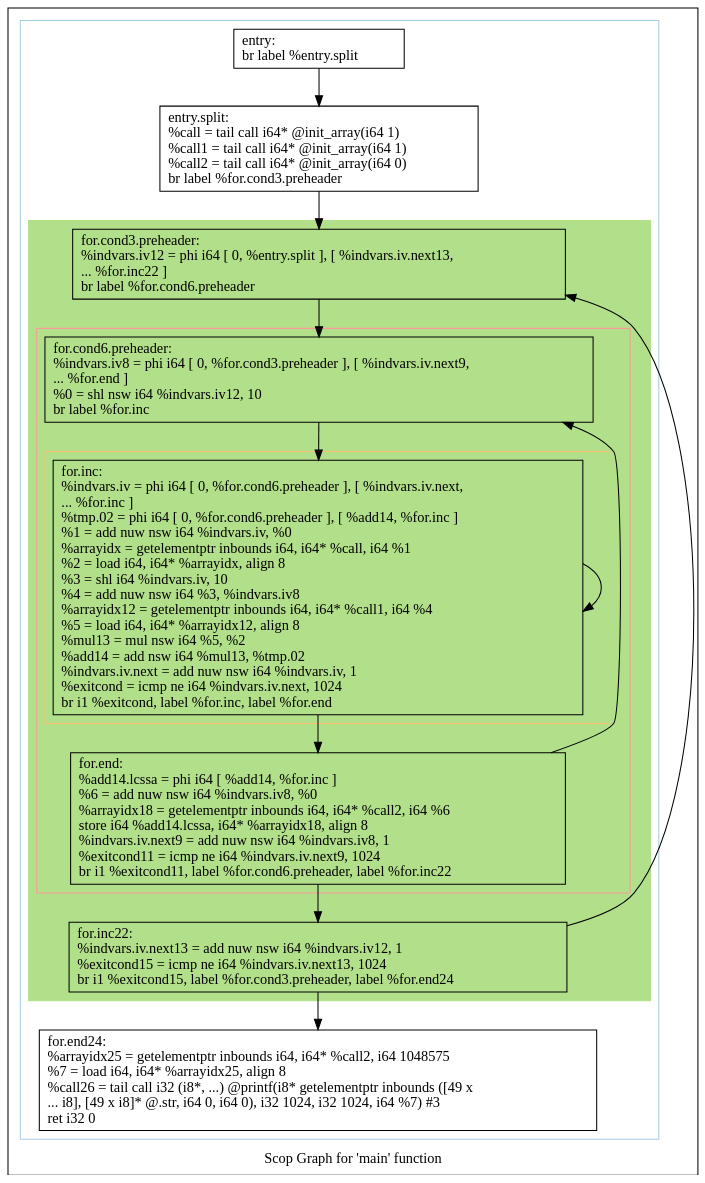
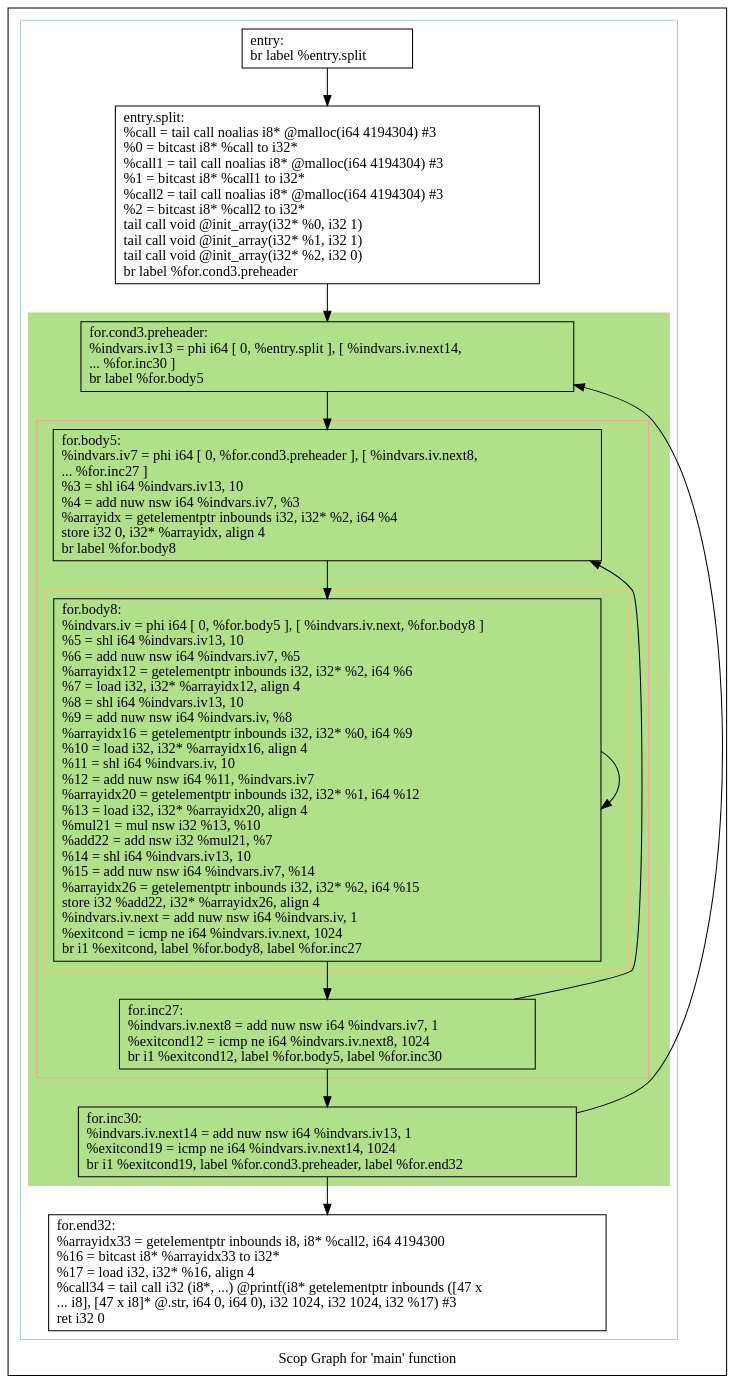
The diagram in polly/MatrixMult/impl/handwritten2/dot/scops.main.dot (samminweng/WhileyOpenCL), drawn with Graphviz before and after one commit. The commit also changed 24 other files, not shown here.

```diff
--- a/polly/MatrixMult/impl/handwritten2/dot/scops.main.dot
+++ b/polly/MatrixMult/impl/handwritten2/dot/scops.main.dot
@@ -1,50 +1,50 @@
 digraph "Scop Graph for 'main' function" {
 	label="Scop Graph for 'main' function";
 
-	Node0x4d66820 [shape=record,label="{entry:\l  br label %entry.split\l}"];
-	Node0x4d66820 -> Node0x4d64630;
-	Node0x4d64630 [shape=record,label="{entry.split:                                      \l  %call = tail call i64* @init_array(i64 1)\l  %call1 = tail call i64* @init_array(i64 1)\l  %call2 = tail call i64* @init_array(i64 0)\l  br label %for.cond3.preheader\l}"];
-	Node0x4d64630 -> Node0x4d6c900;
-	Node0x4d6c900 [shape=record,label="{for.cond3.preheader:                              \l  %indvars.iv12 = phi i64 [ 0, %entry.split ], [ %indvars.iv.next13,\l... %for.inc22 ]\l  br label %for.cond6.preheader\l}"];
-	Node0x4d6c900 -> Node0x4d6c930;
-	Node0x4d6c930 [shape=record,label="{for.cond6.preheader:                              \l  %indvars.iv8 = phi i64 [ 0, %for.cond3.preheader ], [ %indvars.iv.next9,\l... %for.end ]\l  %0 = shl nsw i64 %indvars.iv12, 10\l  br label %for.inc\l}"];
-	Node0x4d6c930 -> Node0x4d6c950;
-	Node0x4d6c950 [shape=record,label="{for.inc:                                          \l  %indvars.iv = phi i64 [ 0, %for.cond6.preheader ], [ %indvars.iv.next,\l... %for.inc ]\l  %tmp.02 = phi i64 [ 0, %for.cond6.preheader ], [ %add14, %for.inc ]\l  %1 = add nuw nsw i64 %indvars.iv, %0\l  %arrayidx = getelementptr inbounds i64, i64* %call, i64 %1\l  %2 = load i64, i64* %arrayidx, align 8\l  %3 = shl i64 %indvars.iv, 10\l  %4 = add nuw nsw i64 %3, %indvars.iv8\l  %arrayidx12 = getelementptr inbounds i64, i64* %call1, i64 %4\l  %5 = load i64, i64* %arrayidx12, align 8\l  %mul13 = mul nsw i64 %5, %2\l  %add14 = add nsw i64 %mul13, %tmp.02\l  %indvars.iv.next = add nuw nsw i64 %indvars.iv, 1\l  %exitcond = icmp ne i64 %indvars.iv.next, 1024\l  br i1 %exitcond, label %for.inc, label %for.end\l}"];
-	Node0x4d6c950 -> Node0x4d6c950[constraint=false];
-	Node0x4d6c950 -> Node0x4d67b90;
-	Node0x4d67b90 [shape=record,label="{for.end:                                          \l  %add14.lcssa = phi i64 [ %add14, %for.inc ]\l  %6 = add nuw nsw i64 %indvars.iv8, %0\l  %arrayidx18 = getelementptr inbounds i64, i64* %call2, i64 %6\l  store i64 %add14.lcssa, i64* %arrayidx18, align 8\l  %indvars.iv.next9 = add nuw nsw i64 %indvars.iv8, 1\l  %exitcond11 = icmp ne i64 %indvars.iv.next9, 1024\l  br i1 %exitcond11, label %for.cond6.preheader, label %for.inc22\l}"];
-	Node0x4d67b90 -> Node0x4d6c930[constraint=false];
-	Node0x4d67b90 -> Node0x4d6c180;
-	Node0x4d6c180 [shape=record,label="{for.inc22:                                        \l  %indvars.iv.next13 = add nuw nsw i64 %indvars.iv12, 1\l  %exitcond15 = icmp ne i64 %indvars.iv.next13, 1024\l  br i1 %exitcond15, label %for.cond3.preheader, label %for.end24\l}"];
-	Node0x4d6c180 -> Node0x4d6c900[constraint=false];
-	Node0x4d6c180 -> Node0x4d64a30;
-	Node0x4d64a30 [shape=record,label="{for.end24:                                        \l  %arrayidx25 = getelementptr inbounds i64, i64* %call2, i64 1048575\l  %7 = load i64, i64* %arrayidx25, align 8\l  %call26 = tail call i32 (i8*, ...) @printf(i8* getelementptr inbounds ([49 x\l... i8], [49 x i8]* @.str, i64 0, i64 0), i32 1024, i32 1024, i64 %7) #3\l  ret i32 0\l}"];
+	Node0x69501b0 [shape=record,label="{entry:\l  br label %entry.split\l}"];
+	Node0x69501b0 -> Node0x6955580;
+	Node0x6955580 [shape=record,label="{entry.split:                                      \l  %call = tail call noalias i8* @malloc(i64 4194304) #3\l  %0 = bitcast i8* %call to i32*\l  %call1 = tail call noalias i8* @malloc(i64 4194304) #3\l  %1 = bitcast i8* %call1 to i32*\l  %call2 = tail call noalias i8* @malloc(i64 4194304) #3\l  %2 = bitcast i8* %call2 to i32*\l  tail call void @init_array(i32* %0, i32 1)\l  tail call void @init_array(i32* %1, i32 1)\l  tail call void @init_array(i32* %2, i32 0)\l  br label %for.cond3.preheader\l}"];
+	Node0x6955580 -> Node0x69533e0;
+	Node0x69533e0 [shape=record,label="{for.cond3.preheader:                              \l  %indvars.iv13 = phi i64 [ 0, %entry.split ], [ %indvars.iv.next14,\l... %for.inc30 ]\l  br label %for.body5\l}"];
+	Node0x69533e0 -> Node0x6955090;
+	Node0x6955090 [shape=record,label="{for.body5:                                        \l  %indvars.iv7 = phi i64 [ 0, %for.cond3.preheader ], [ %indvars.iv.next8,\l... %for.inc27 ]\l  %3 = shl i64 %indvars.iv13, 10\l  %4 = add nuw nsw i64 %indvars.iv7, %3\l  %arrayidx = getelementptr inbounds i32, i32* %2, i64 %4\l  store i32 0, i32* %arrayidx, align 4\l  br label %for.body8\l}"];
+	Node0x6955090 -> Node0x69537b0;
+	Node0x69537b0 [shape=record,label="{for.body8:                                        \l  %indvars.iv = phi i64 [ 0, %for.body5 ], [ %indvars.iv.next, %for.body8 ]\l  %5 = shl i64 %indvars.iv13, 10\l  %6 = add nuw nsw i64 %indvars.iv7, %5\l  %arrayidx12 = getelementptr inbounds i32, i32* %2, i64 %6\l  %7 = load i32, i32* %arrayidx12, align 4\l  %8 = shl i64 %indvars.iv13, 10\l  %9 = add nuw nsw i64 %indvars.iv, %8\l  %arrayidx16 = getelementptr inbounds i32, i32* %0, i64 %9\l  %10 = load i32, i32* %arrayidx16, align 4\l  %11 = shl i64 %indvars.iv, 10\l  %12 = add nuw nsw i64 %11, %indvars.iv7\l  %arrayidx20 = getelementptr inbounds i32, i32* %1, i64 %12\l  %13 = load i32, i32* %arrayidx20, align 4\l  %mul21 = mul nsw i32 %13, %10\l  %add22 = add nsw i32 %mul21, %7\l  %14 = shl i64 %indvars.iv13, 10\l  %15 = add nuw nsw i64 %indvars.iv7, %14\l  %arrayidx26 = getelementptr inbounds i32, i32* %2, i64 %15\l  store i32 %add22, i32* %arrayidx26, align 4\l  %indvars.iv.next = add nuw nsw i64 %indvars.iv, 1\l  %exitcond = icmp ne i64 %indvars.iv.next, 1024\l  br i1 %exitcond, label %for.body8, label %for.inc27\l}"];
+	Node0x69537b0 -> Node0x69537b0[constraint=false];
+	Node0x69537b0 -> Node0x6953810;
+	Node0x6953810 [shape=record,label="{for.inc27:                                        \l  %indvars.iv.next8 = add nuw nsw i64 %indvars.iv7, 1\l  %exitcond12 = icmp ne i64 %indvars.iv.next8, 1024\l  br i1 %exitcond12, label %for.body5, label %for.inc30\l}"];
+	Node0x6953810 -> Node0x6955090[constraint=false];
+	Node0x6953810 -> Node0x6955180;
+	Node0x6955180 [shape=record,label="{for.inc30:                                        \l  %indvars.iv.next14 = add nuw nsw i64 %indvars.iv13, 1\l  %exitcond19 = icmp ne i64 %indvars.iv.next14, 1024\l  br i1 %exitcond19, label %for.cond3.preheader, label %for.end32\l}"];
+	Node0x6955180 -> Node0x69533e0[constraint=false];
+	Node0x6955180 -> Node0x69551e0;
+	Node0x69551e0 [shape=record,label="{for.end32:                                        \l  %arrayidx33 = getelementptr inbounds i8, i8* %call2, i64 4194300\l  %16 = bitcast i8* %arrayidx33 to i32*\l  %17 = load i32, i32* %16, align 4\l  %call34 = tail call i32 (i8*, ...) @printf(i8* getelementptr inbounds ([47 x\l... i8], [47 x i8]* @.str, i64 0, i64 0), i32 1024, i32 1024, i32 %17) #3\l  ret i32 0\l}"];
 	colorscheme = "paired12"
-        subgraph cluster_0x4d43820 {
+        subgraph cluster_0x6950c50 {
           label = "";
           style = solid;
           color = 1
-          subgraph cluster_0x4d67a20 {
+          subgraph cluster_0x692c4a0 {
             label = "";
             style = filled;
-            color = 3            subgraph cluster_0x4d679a0 {
+            color = 3            subgraph cluster_0x6950cd0 {
               label = "";
               style = solid;
               color = 5
-              subgraph cluster_0x4d67920 {
+              subgraph cluster_0x692c420 {
                 label = "";
                 style = solid;
                 color = 7
-                Node0x4d6c950;
+                Node0x69537b0;
               }
-              Node0x4d6c930;
-              Node0x4d67b90;
+              Node0x6955090;
+              Node0x6953810;
             }
-            Node0x4d6c900;
-            Node0x4d6c180;
+            Node0x69533e0;
+            Node0x6955180;
           }
-          Node0x4d66820;
-          Node0x4d64630;
-          Node0x4d64a30;
+          Node0x69501b0;
+          Node0x6955580;
+          Node0x69551e0;
         }
 }
```
